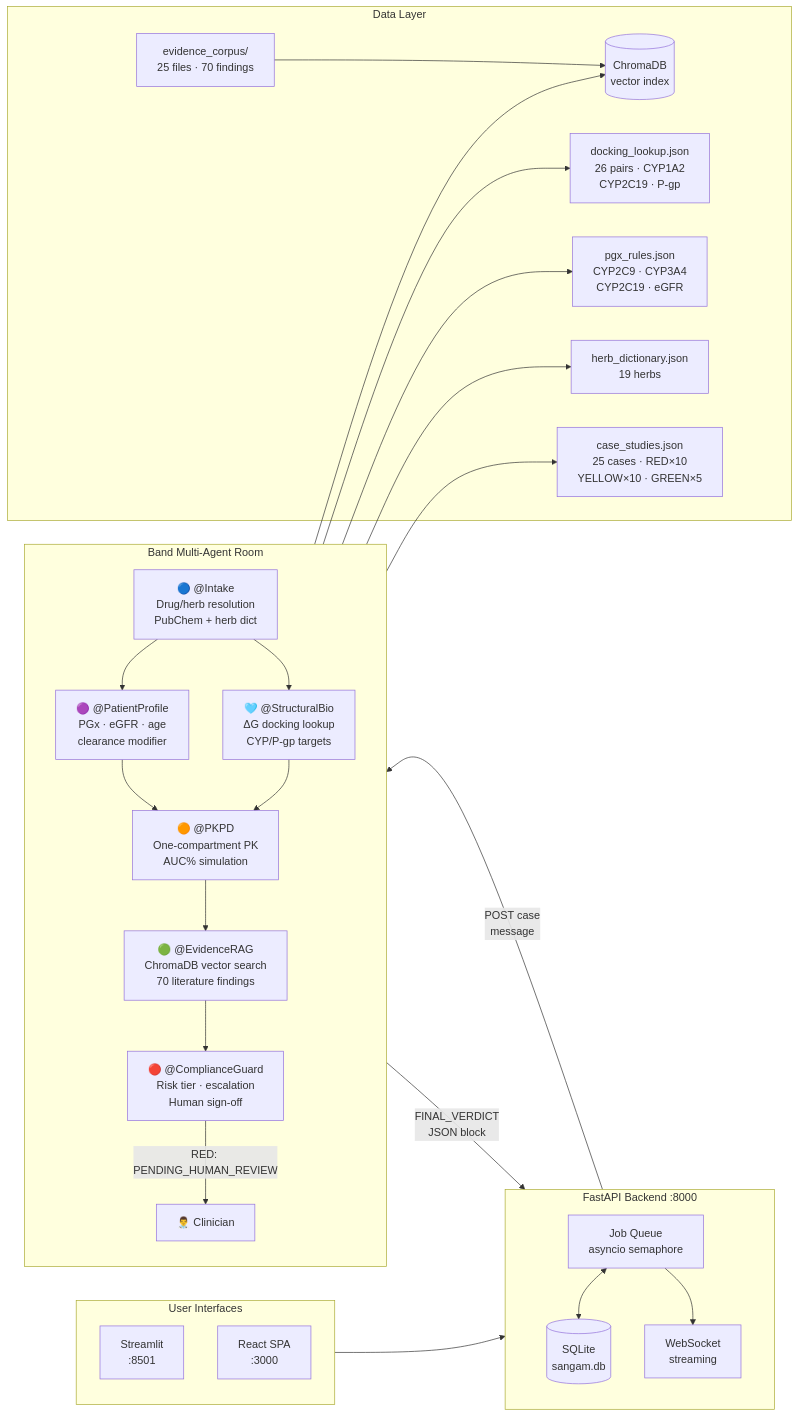
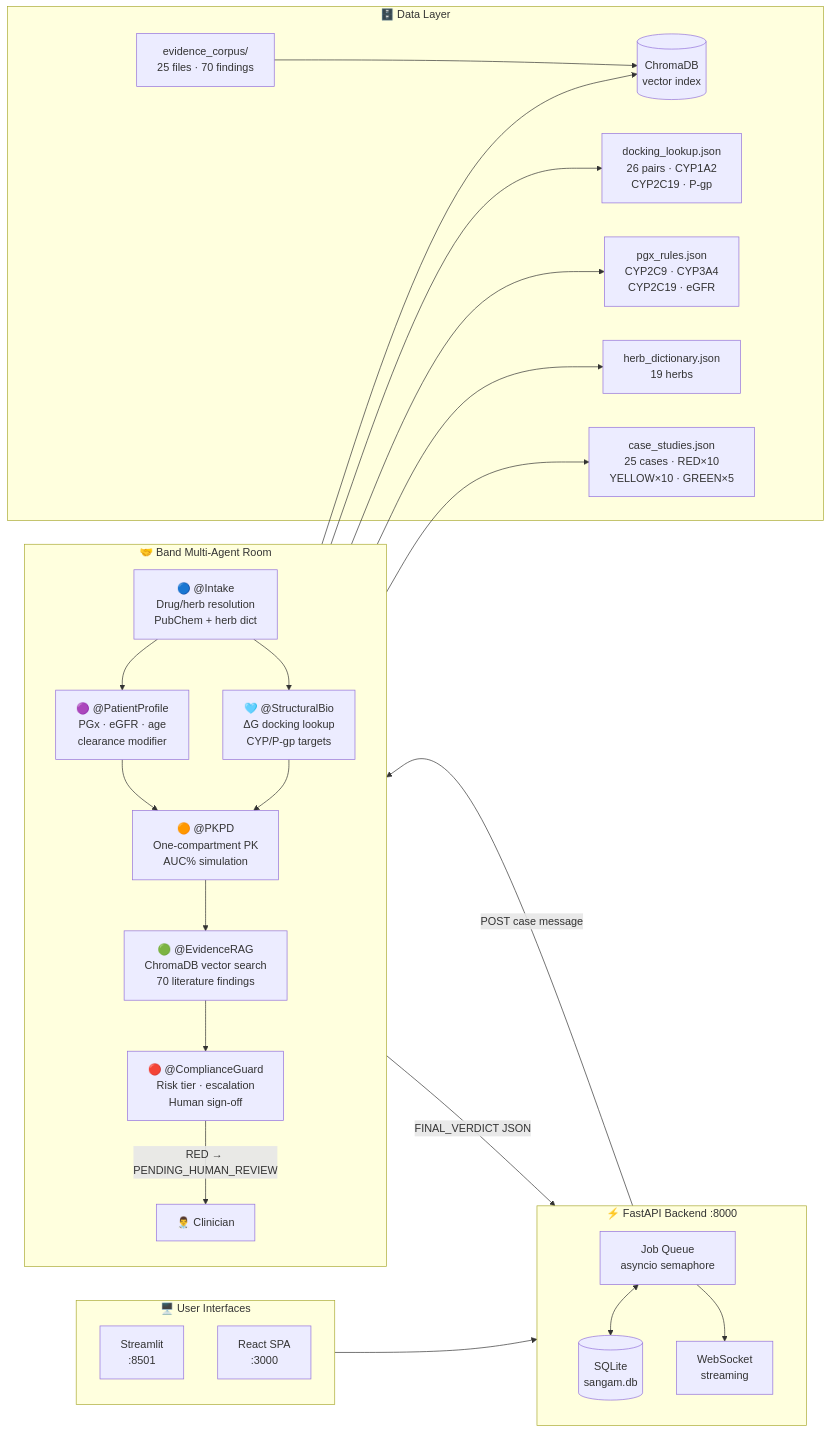
The diagram in README.md (nsdeshmukh306-ai/sangam-band), drawn with Mermaid before and after one commit. The commit also changed other lines of this file, not shown here.

Commit message:
docs: visually rich README with dynamic badges, collapsible sections, and agent council table

````diff
--- a/README.md
+++ b/README.md
@@ -29,48 +76,48 @@
 ```mermaid
 flowchart LR
-    subgraph UI["User Interfaces"]
+    subgraph UI["🖥️ User Interfaces"]
         ST["Streamlit\n:8501"]
         RX["React SPA\n:3000"]
     end
 
-    subgraph API["FastAPI Backend :8000"]
+    subgraph API["⚡ FastAPI Backend :8000"]
         Q["Job Queue\nasyncio semaphore"]
         DB[("SQLite\nsangam.db")]
         WS["WebSocket\nstreaming"]
         Q <--> DB
         Q --> WS
     end
 
-    subgraph Band["Band Multi-Agent Room"]
+    subgraph Band["🤝 Band Multi-Agent Room"]
         direction TB
         IN["🔵 @Intake\nDrug/herb resolution\nPubChem + herb dict"]
         PP["🟣 @PatientProfile\nPGx · eGFR · age\nclearance modifier"]
         SB["🩵 @StructuralBio\nΔG docking lookup\nCYP/P-gp targets"]
         PK["🟠 @PKPD\nOne-compartment PK\nAUC% simulation"]
         ER["🟢 @EvidenceRAG\nChromaDB vector search\n70 literature findings"]
         CG["🔴 @ComplianceGuard\nRisk tier · escalation\nHuman sign-off"]
         IN --> PP & SB
         PP & SB --> PK
         PK --> ER
         ER --> CG
-        CG -->|"RED: PENDING_HUMAN_REVIEW"| Human["👨‍⚕️ Clinician"]
+        CG -->|"RED → PENDING_HUMAN_REVIEW"| Human["👨‍⚕️ Clinician"]
     end
 
-    subgraph Data["Data Layer"]
+    subgraph Data["🗄️ Data Layer"]
         CS["case_studies.json\n25 cases · RED×10\nYELLOW×10 · GREEN×5"]
         HD["herb_dictionary.json\n19 herbs"]
         DL["docking_lookup.json\n26 pairs · CYP1A2\nCYP2C19 · P-gp"]
         PG["pgx_rules.json\nCYP2C9 · CYP3A4\nCYP2C19 · eGFR"]
         EC["evidence_corpus/\n25 files · 70 findings"]
         CH[("ChromaDB\nvector index")]
         EC --> CH
     end
 
     UI --> API
-    API -->|"POST case\nmessage"| Band
-    Band -->|"FINAL_VERDICT\nJSON block"| API
+    API -->|"POST case message"| Band
+    Band -->|"FINAL_VERDICT JSON"| API
     IN --> CS & HD
     PP --> PG
     SB --> DL
     ER --> CH
 ```
````
